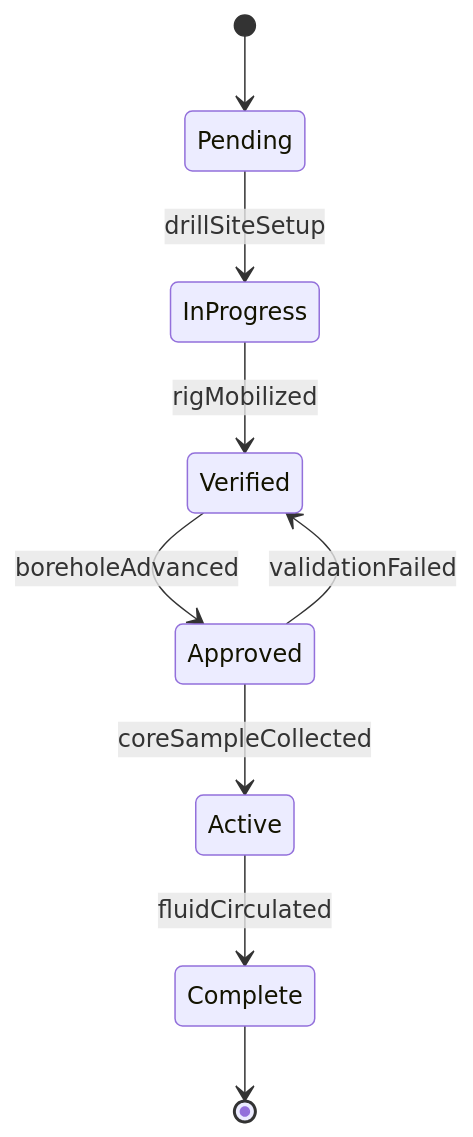
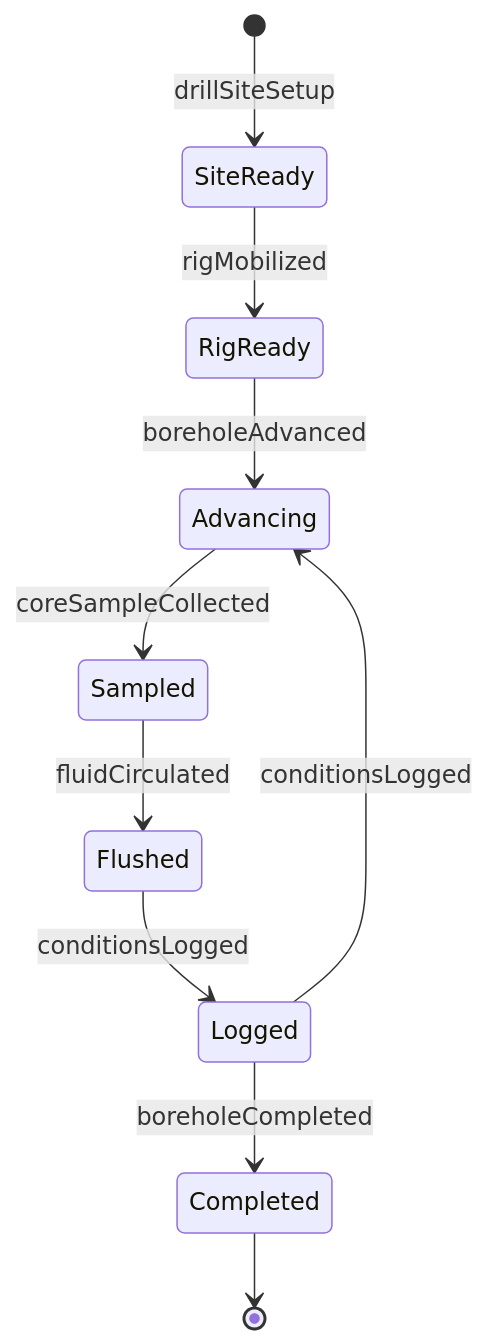
Before and after one commit to dot-org-ai/tasks.org.ai: the second of 4 diagrams in HandlingAndMovingObjects/DrillHolesInEarthOrMaterials/DrillHolesEarthRock.mdx, drawn with Mermaid. The commit also changed other lines of this file and 515 other files, not shown here.

````diff
--- a/HandlingAndMovingObjects/DrillHolesInEarthOrMaterials/DrillHolesEarthRock.mdx
+++ b/HandlingAndMovingObjects/DrillHolesInEarthOrMaterials/DrillHolesEarthRock.mdx
@@ -99,11 +100,12 @@
 ```mermaid
 stateDiagram-v2
-    [*] --> Pending
-    Pending --> InProgress : drillSiteSetup
-    InProgress --> Verified : rigMobilized
-    Verified --> Approved : boreholeAdvanced
-    Approved --> Active : coreSampleCollected
-    Active --> Complete : fluidCirculated
-    Approved --> Verified : validationFailed
-    Complete --> [*]
+    [*] --> SiteReady : drillSiteSetup
+    SiteReady --> RigReady : rigMobilized
+    RigReady --> Advancing : boreholeAdvanced
+    Advancing --> Sampled : coreSampleCollected
+    Sampled --> Flushed : fluidCirculated
+    Flushed --> Logged : conditionsLogged
+    Logged --> Advancing : conditionsLogged
+    Logged --> Completed : boreholeCompleted
+    Completed --> [*]
 ```
````
